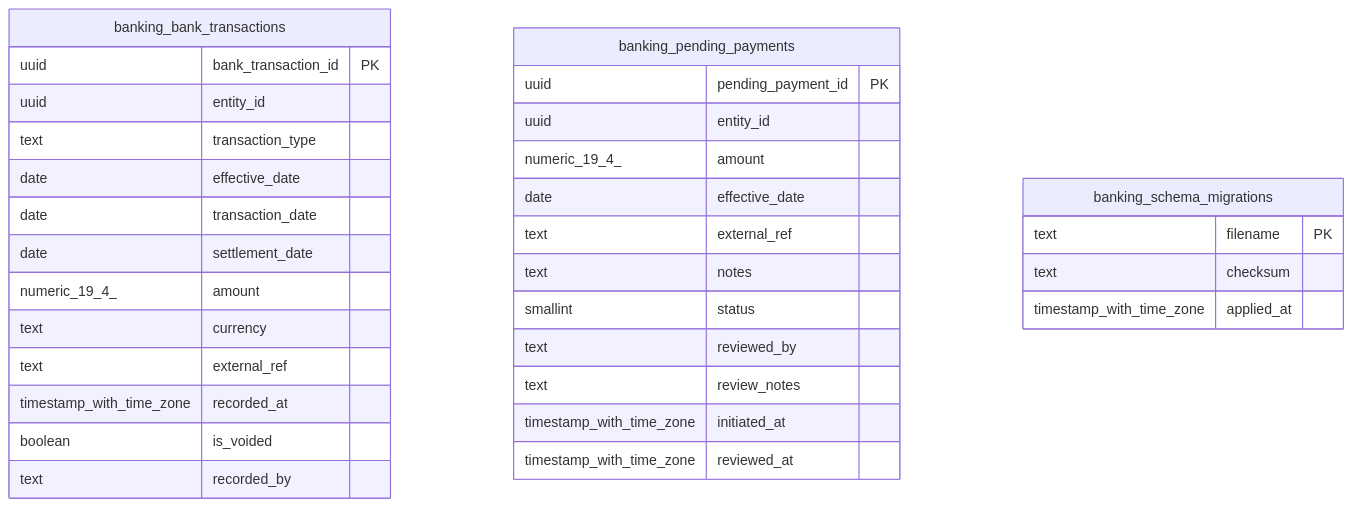
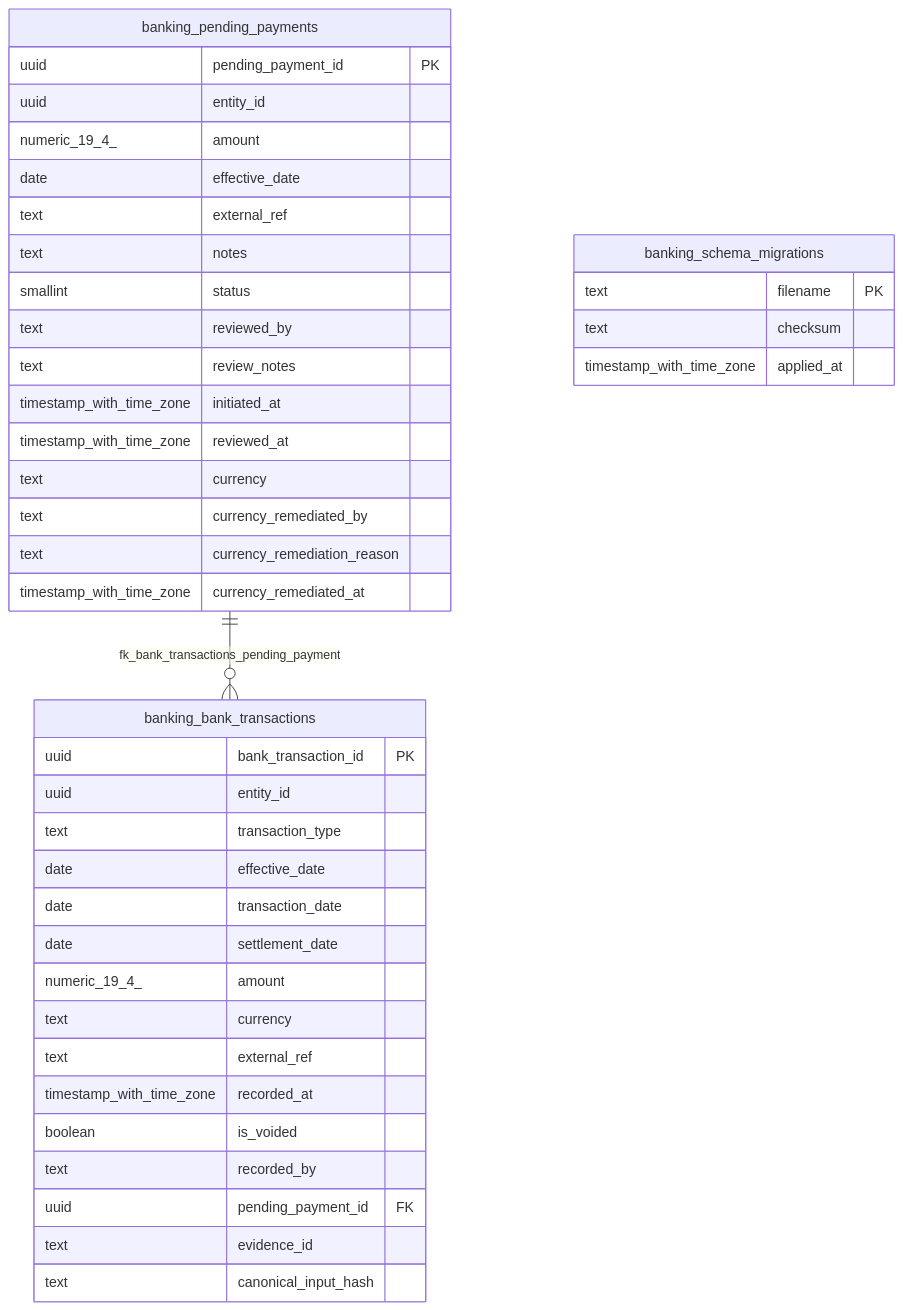
The diagram in docs/generated/database/diagrams/banking.mmd (rodoHasArrived/Meridian-main), drawn with Mermaid before and after one commit. The commit also changed 74 other files, not shown here.

```diff
--- a/docs/generated/database/diagrams/banking.mmd
+++ b/docs/generated/database/diagrams/banking.mmd
@@ -1,33 +1,41 @@
 erDiagram
     banking_bank_transactions {
         uuid bank_transaction_id PK
         uuid entity_id
         text transaction_type
         date effective_date
         date transaction_date
         date settlement_date
         numeric_19_4_ amount
         text currency
         text external_ref
         timestamp_with_time_zone recorded_at
         boolean is_voided
         text recorded_by
+        uuid pending_payment_id FK
+        text evidence_id
+        text canonical_input_hash
     }
     banking_pending_payments {
         uuid pending_payment_id PK
         uuid entity_id
         numeric_19_4_ amount
         date effective_date
         text external_ref
         text notes
         smallint status
         text reviewed_by
         text review_notes
         timestamp_with_time_zone initiated_at
         timestamp_with_time_zone reviewed_at
+        text currency
+        text currency_remediated_by
+        text currency_remediation_reason
+        timestamp_with_time_zone currency_remediated_at
     }
     banking_schema_migrations {
         text filename PK
         text checksum
         timestamp_with_time_zone applied_at
     }
+    banking_pending_payments ||--o{ banking_bank_transactions : "fk_bank_transactions_pending_payment"
```
